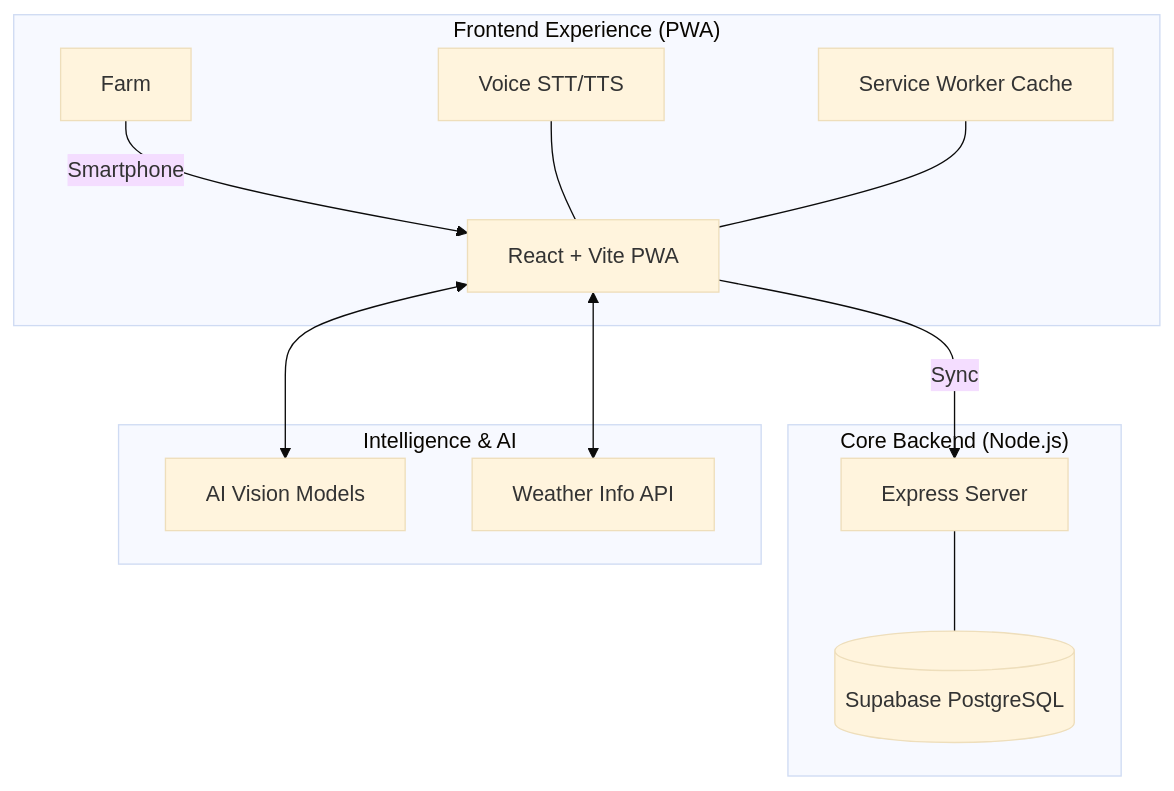
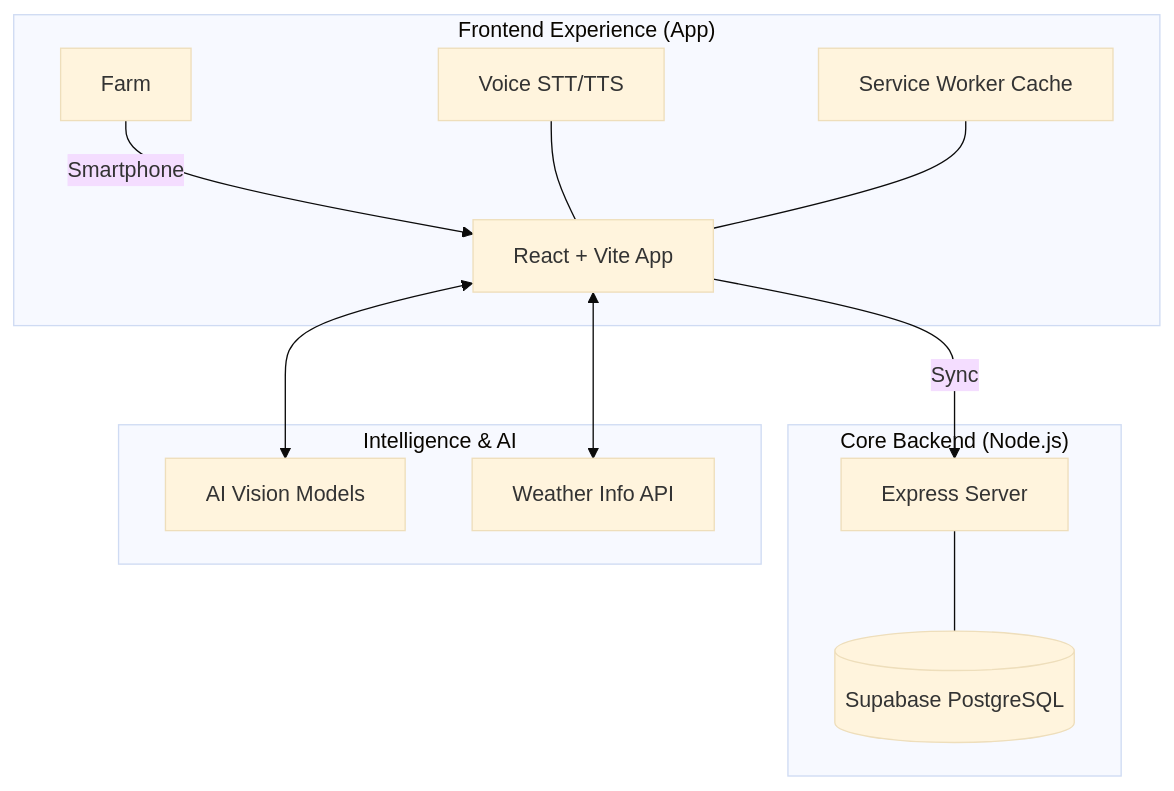
The diagram in README.md (DHRUV-SAVE21/InnovatesIndia), drawn with Mermaid (base theme) before and after one commit. The commit also changed other lines of this file, not shown here.

Commit message:
App updates

````diff
--- a/README.md
+++ b/README.md
@@ -62,18 +62,18 @@
 ```mermaid
 graph TD
-    subgraph "Frontend Experience (PWA)"
-        Farm[Farm] -->|Smartphone| PWA[React + Vite PWA]
-        Voice[Voice STT/TTS] --- PWA
-        SW[Service Worker Cache] --- PWA
+    subgraph "Frontend Experience (App)"
+        Farm[Farm] -->|Smartphone| App[React + Vite App]
+        Voice[Voice STT/TTS] --- App
+        SW[Service Worker Cache] --- App
     end
 
     subgraph "Core Backend (Node.js)"
-        PWA -->|Sync| API[Express Server]
+        App -->|Sync| API[Express Server]
         API --- DB[(Supabase PostgreSQL)]
     end
 
     subgraph "Intelligence & AI"
-        PWA <--> Models[AI Vision Models]
-        PWA <--> Weather[Weather Info API]
+        App <--> Models[AI Vision Models]
+        App <--> Weather[Weather Info API]
     end
 ```
````
